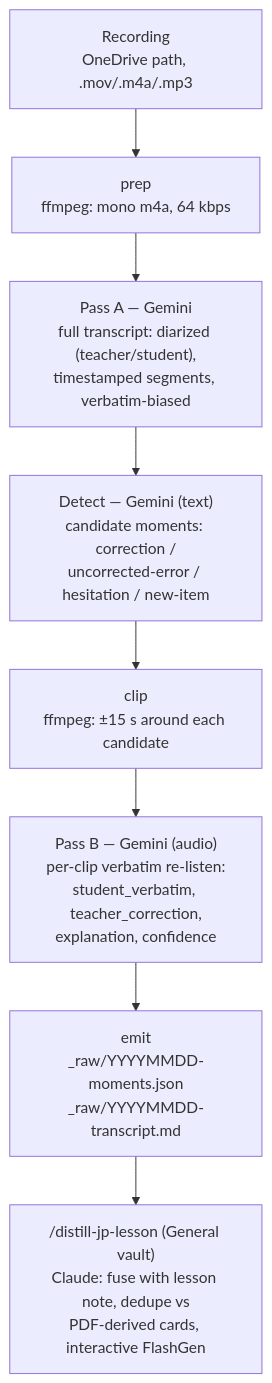
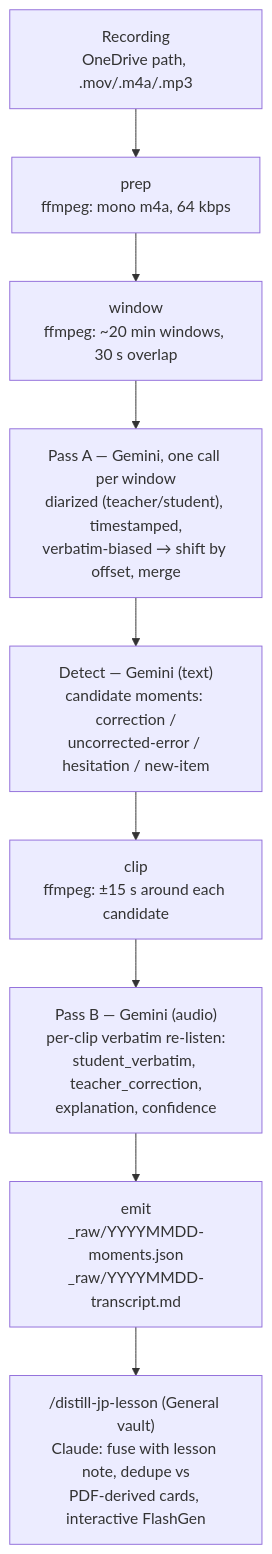
One commit to srsaito/jp-lesson-distill changed the diagram in docs/architecture.md. Above: the diagram before and after it, drawn with Mermaid. The commit also changed other lines of this file and 12 other files, not shown here.

First line of the commit message:
Window Pass A internally: split → per-window transcribe → merge

````diff
--- a/docs/architecture.md
+++ b/docs/architecture.md
@@ -9,10 +9,11 @@
 ```mermaid
 flowchart TD
     R[Recording<br/>OneDrive path, .mov/.m4a/.mp3] --> P[prep<br/>ffmpeg: mono m4a, 64 kbps]
-    P --> A["Pass A — Gemini<br/>full transcript: diarized (teacher/student),<br/>timestamped segments, verbatim-biased"]
+    P --> W["window<br/>ffmpeg: ~20 min windows, 30 s overlap"]
+    W --> A["Pass A — Gemini, one call per window<br/>diarized (teacher/student), timestamped,<br/>verbatim-biased → shift by offset, merge"]
     A --> D["Detect — Gemini (text)<br/>candidate moments: correction /<br/>uncorrected-error / hesitation / new-item"]
     D --> C[clip<br/>ffmpeg: ±15 s around each candidate]
     C --> B["Pass B — Gemini (audio)<br/>per-clip verbatim re-listen:<br/>student_verbatim, teacher_correction,<br/>explanation, confidence"]
     B --> E["emit<br/>_raw/YYYYMMDD-moments.json<br/>_raw/YYYYMMDD-transcript.md"]
     E --> S["/distill-jp-lesson (General vault)<br/>Claude: fuse with lesson note, dedupe vs<br/>PDF-derived cards, interactive FlashGen"]
 ```
````
